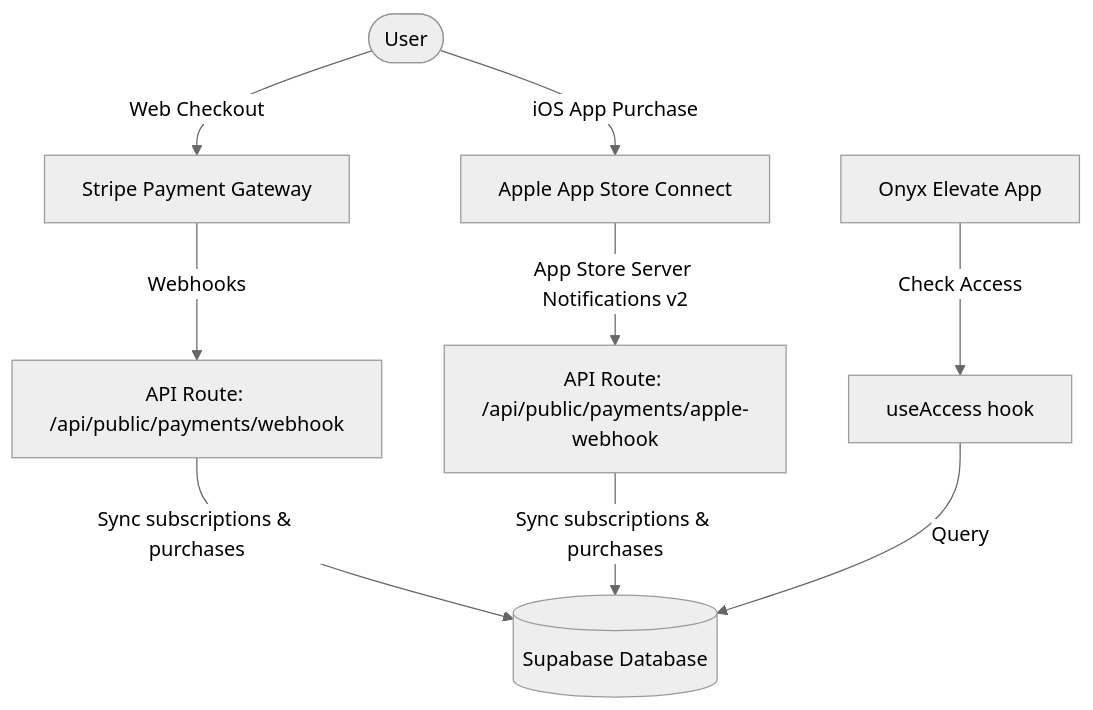
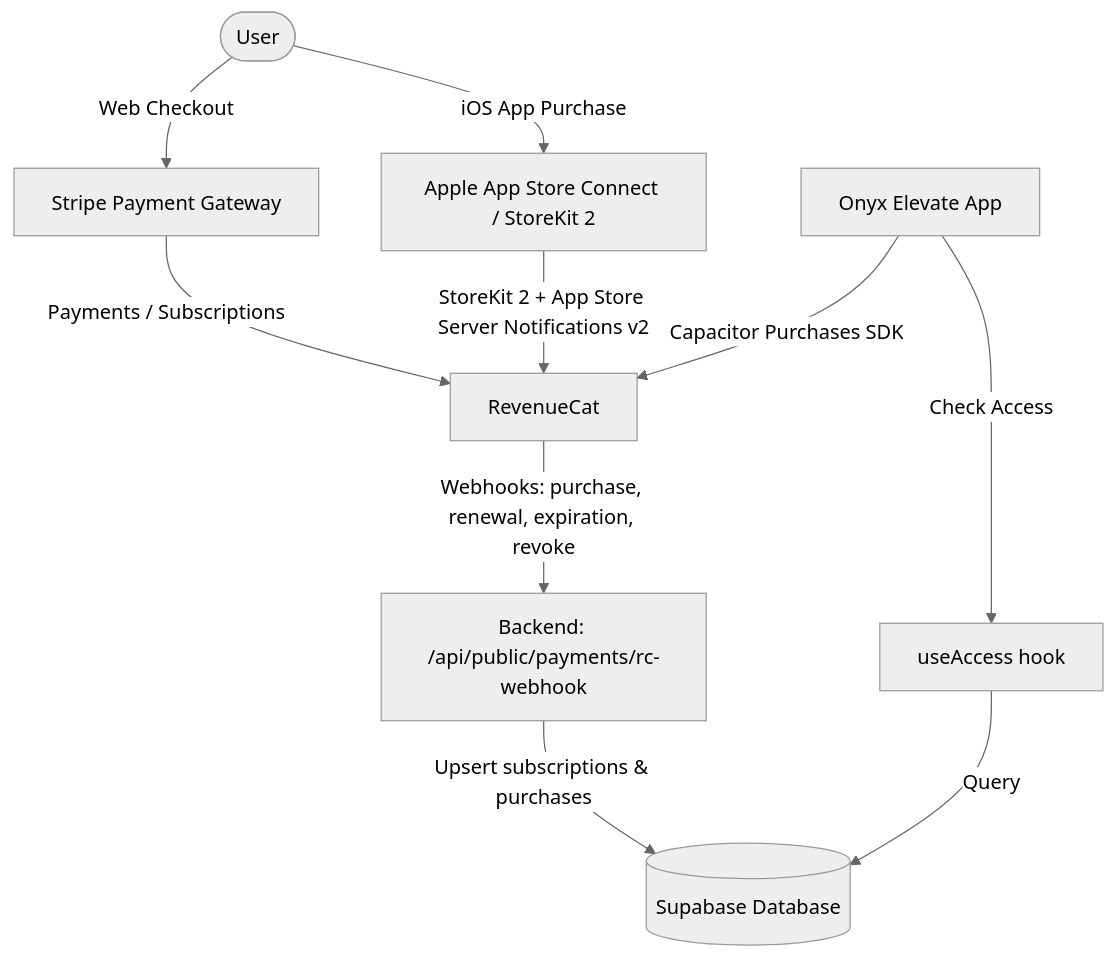
Before and after one commit to xyryc/onyx-elevate-capacitor: the diagram in payment-plan.md, drawn with Mermaid (neutral theme). The commit also changed other lines of this file and 2 other files, not shown here.

Commit message:
feat: hide split payments on ios

````diff
--- a/payment-plan.md
+++ b/payment-plan.md
@@ -9,14 +9,15 @@
 ```mermaid
 graph TD
     User([User]) -->|Web Checkout| Stripe[Stripe Payment Gateway]
-    User -->|iOS App Purchase| Apple[Apple App Store Connect]
+    User -->|iOS App Purchase| Apple[Apple App Store Connect / StoreKit 2]
     
-    Stripe -->|Webhooks| WebhookAPI[API Route: /api/public/payments/webhook]
-    Apple -->|App Store Server Notifications v2| AppleWebhook[API Route: /api/public/payments/apple-webhook]
+    Stripe -->|Payments / Subscriptions| RC[RevenueCat]
+    Apple -->|StoreKit 2 + App Store Server Notifications v2| RC
     
-    WebhookAPI -->|Sync subscriptions & purchases| DB[(Supabase Database)]
-    AppleWebhook -->|Sync subscriptions & purchases| DB
+    RC -->|Webhooks: purchase, renewal, expiration, revoke| API[Backend: /api/public/payments/rc-webhook]
+    API -->|Upsert subscriptions & purchases| DB[(Supabase Database)]
     
-    App[Onyx Elevate App] -->|Check Access| Hook[useAccess hook]
+    App[Onyx Elevate App] -->|Capacitor Purchases SDK| RC
+    App -->|Check Access| Hook[useAccess hook]
     Hook -->|Query| DB
 ```
````
